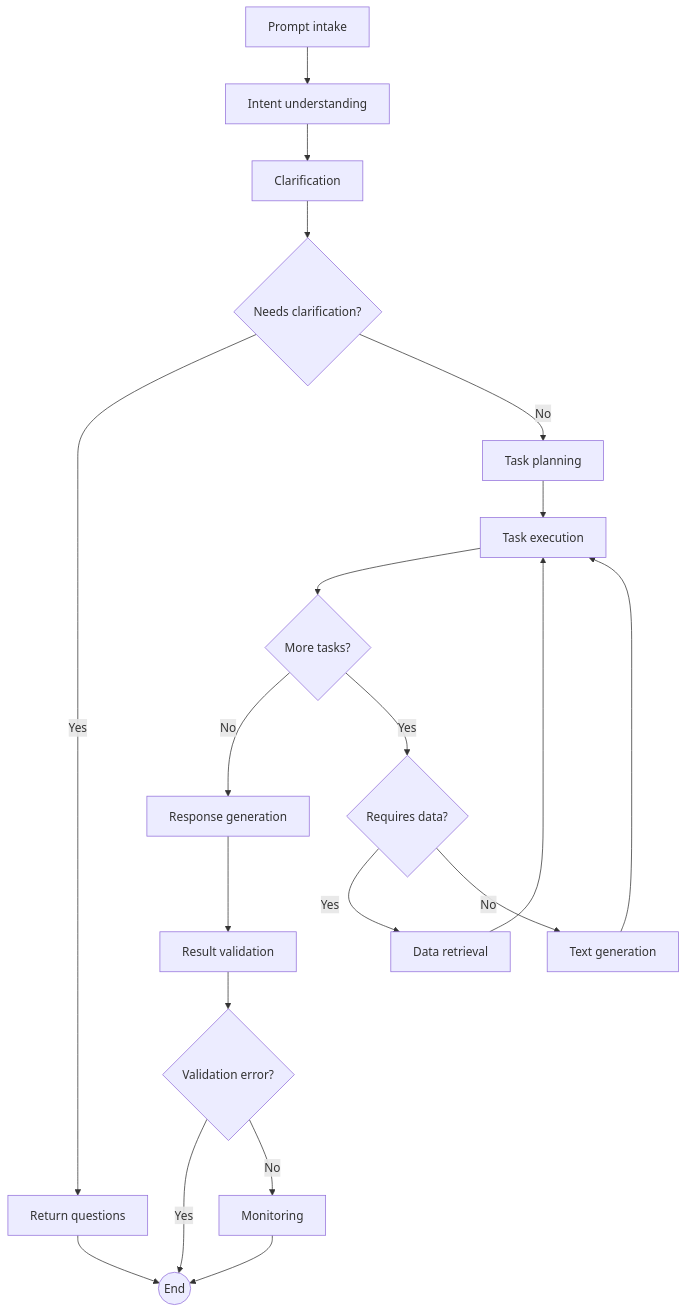
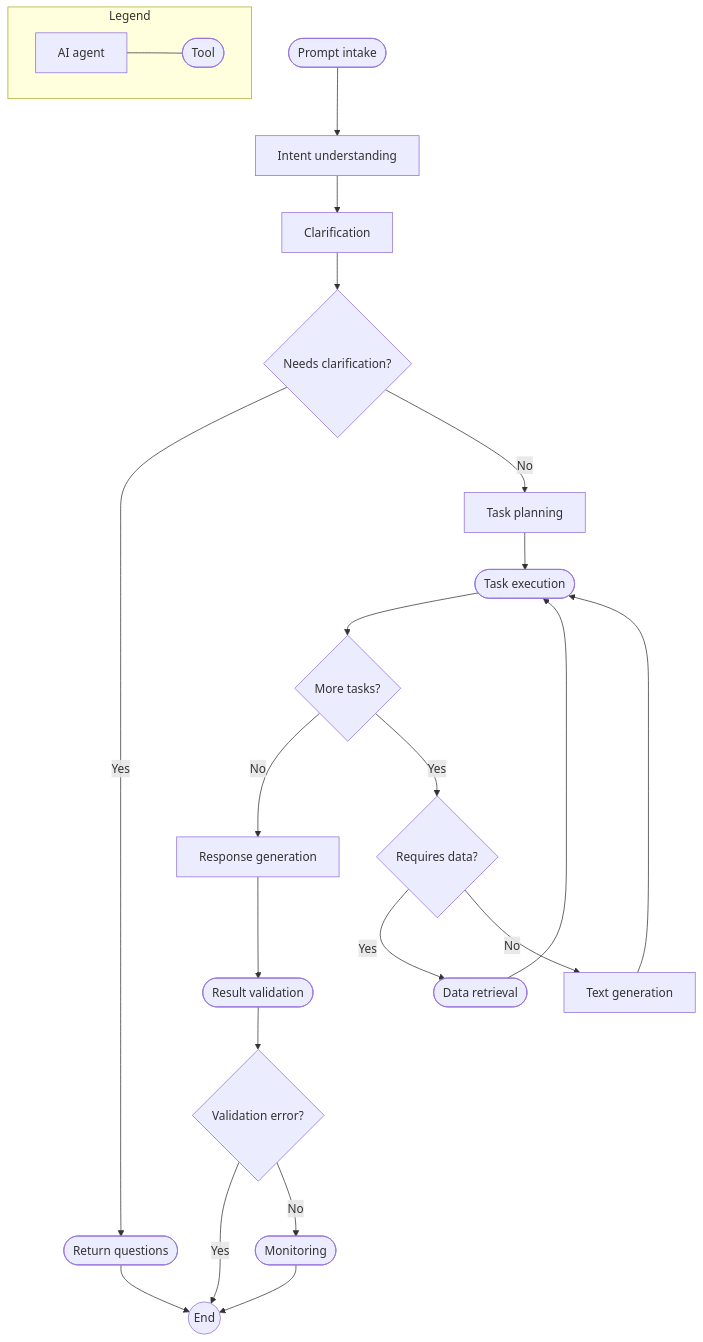
One commit to benjyongzh/llm-data-analyst changed the third of 4 diagrams in README.md. Above: the diagram before and after it, drawn with Mermaid. The commit also changed other lines of this file, not shown here.

Commit message:
docs: distinguish tools in workflow diagram

````diff
--- a/README.md
+++ b/README.md
@@ -261,22 +261,27 @@
 ```mermaid
 flowchart TD
-    A[Prompt intake] --> B[Intent understanding]
+    A([Prompt intake]) --> B[Intent understanding]
     B --> C[Clarification]
     C --> D{Needs clarification?}
-    D -->|Yes| E[Return questions]
+    D -->|Yes| E([Return questions])
     E --> Q((End))
     D -->|No| F[Task planning]
-    F --> G[Task execution]
+    F --> G([Task execution])
     G --> H{More tasks?}
     H -->|No| I[Response generation]
     H -->|Yes| J{Requires data?}
-    J -->|Yes| K[Data retrieval]
+    J -->|Yes| K([Data retrieval])
     J -->|No| L[Text generation]
     K --> G
     L --> G
-    I --> M[Result validation]
+    I --> M([Result validation])
     M --> N{Validation error?}
     N -->|Yes| Q
-    N -->|No| O[Monitoring]
+    N -->|No| O([Monitoring])
     O --> Q
+
+    subgraph Legend
+        direction LR
+        LA[AI agent] --- LB([Tool])
+    end
 ```
````
